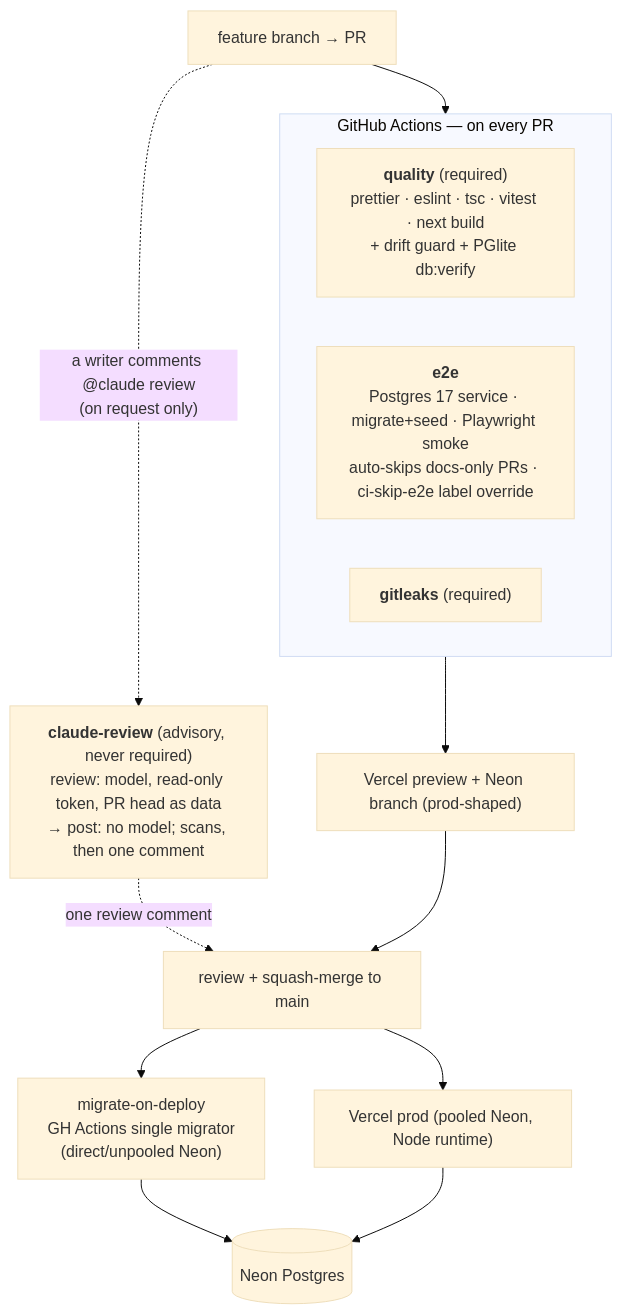
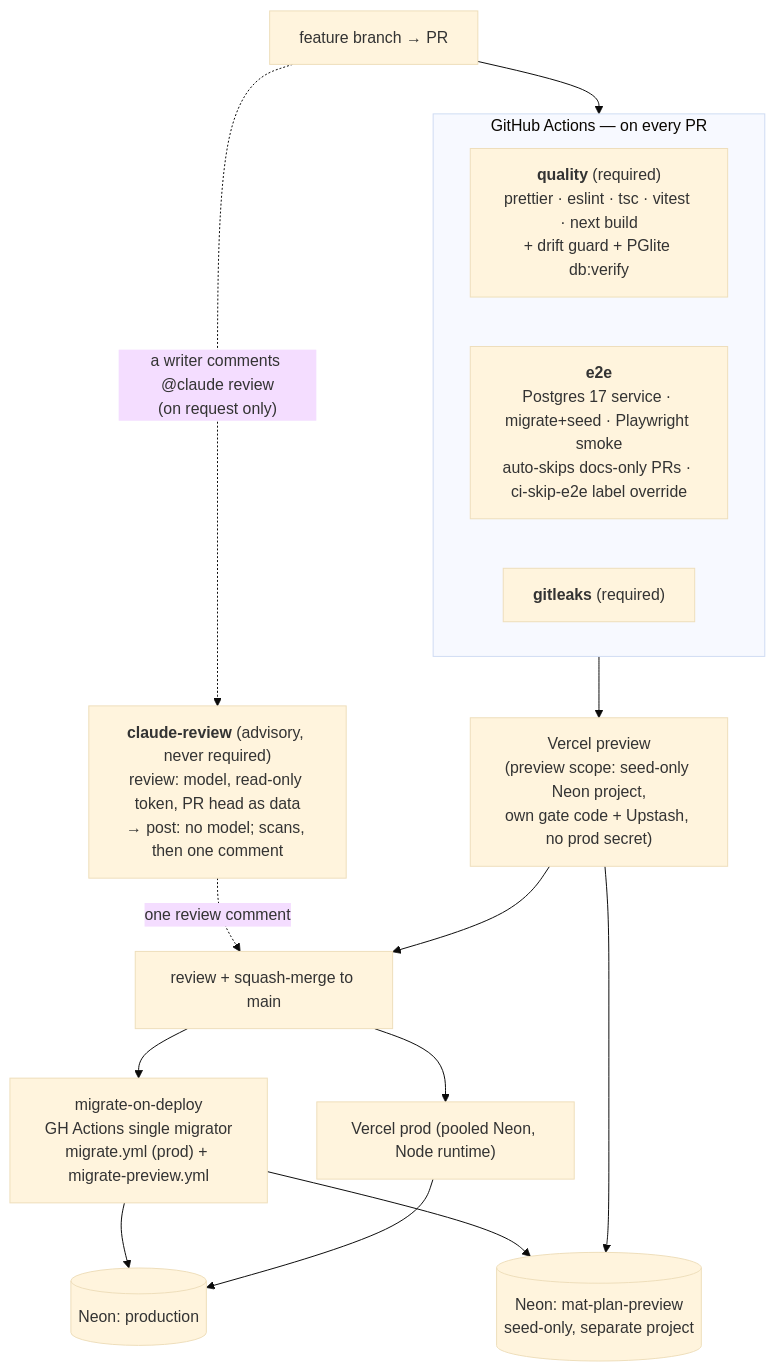
Before and after one commit to ralamode/mat-plan: the ninth of 11 diagrams in docs/architecture.md, drawn with Mermaid (base theme). The commit also changed other lines of this file and 24 other files, not shown here.

````diff
--- a/docs/architecture.md
+++ b/docs/architecture.md
@@ -265,17 +265,19 @@
 ```mermaid
 flowchart TB
   DEV["feature branch → PR"] --> CI
   subgraph CI["GitHub Actions — on every PR"]
     Q["<b>quality</b> (required)<br/>prettier · eslint · tsc · vitest · next build<br/>+ drift guard + PGlite db:verify"]
     E["<b>e2e</b><br/>Postgres 17 service · migrate+seed · Playwright smoke<br/>auto-skips docs-only PRs · ci-skip-e2e label override"]
     G["<b>gitleaks</b> (required)"]
   end
-  CI --> PREV["Vercel preview + Neon branch (prod-shaped)"]
+  CI --> PREV["Vercel preview<br/>(preview scope: seed-only Neon project,<br/>own gate code + Upstash, no prod secret)"]
   DEV -. "a writer comments @claude review<br/>(on request only)" .-> CR["<b>claude-review</b> (advisory, never required)<br/>review: model, read-only token, PR head as data<br/>→ post: no model; scans, then one comment"]
   CR -. "one review comment" .-> REV
   PREV --> REV["review + squash-merge to main"]
-  REV --> MIG["migrate-on-deploy<br/>GH Actions single migrator<br/>(direct/unpooled Neon)"]
+  REV --> MIG["migrate-on-deploy<br/>GH Actions single migrator<br/>migrate.yml (prod) + migrate-preview.yml"]
   REV --> PROD["Vercel prod (pooled Neon, Node runtime)"]
-  MIG --> NEON[("Neon Postgres")]
+  MIG --> NEON[("Neon: production")]
+  MIG --> NEONP[("Neon: mat-plan-preview<br/>seed-only, separate project")]
   PROD --> NEON
+  PREV --> NEONP
 ```
````
